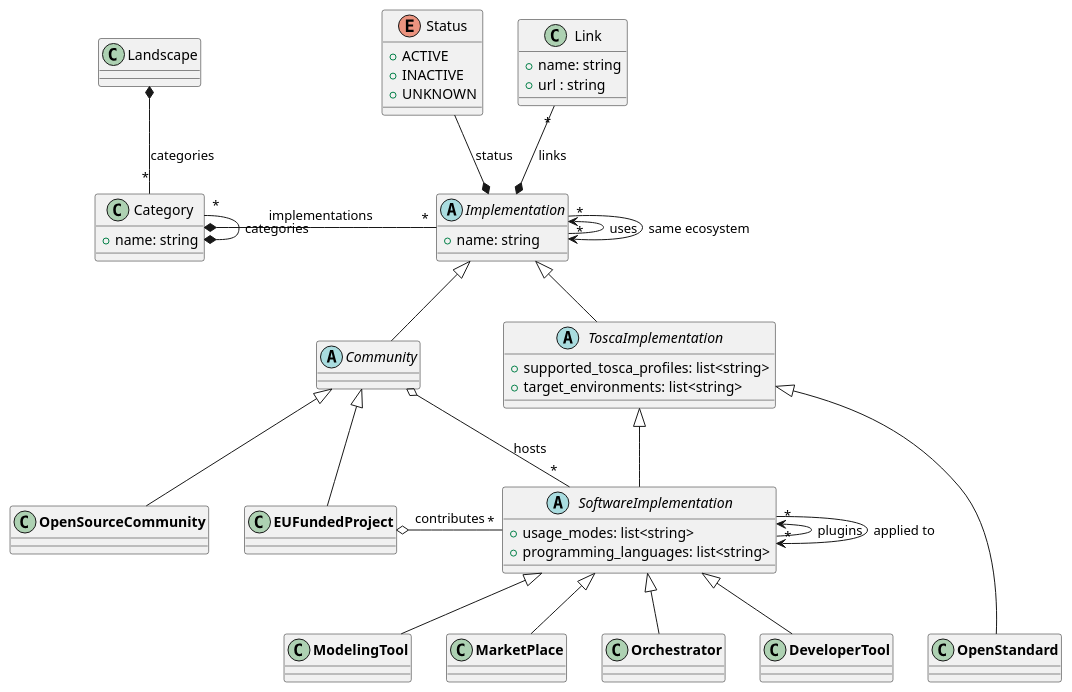
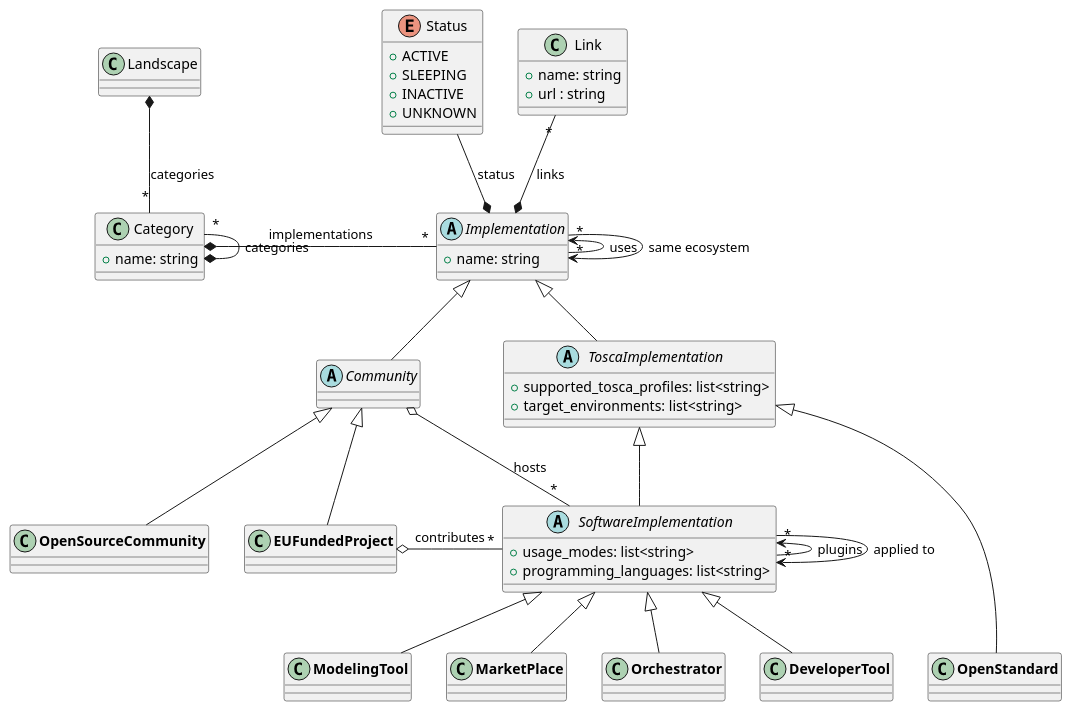
The diagram in metamodel.puml (philippemerle/tosca-implementation-landscape), drawn with PlantUML before and after one commit. The commit also changed 8 other files, not shown here.

```diff
--- a/metamodel.puml
+++ b/metamodel.puml
@@ -1,72 +1,73 @@
 @startuml
 
 class Landscape {}
 
 class Category {
   +name: string
 }
 
 enum Status {
   +ACTIVE
+  +SLEEPING
   +INACTIVE
   +UNKNOWN
 }
 
 class Link {
   +name: string
   +url : string
 }
 
 abstract class Implementation {
   +name: string
 }
 
 abstract class Community extends Implementation {
 }
 
 class **EUFundedProject** extends Community {
 }
 
 class **OpenSourceCommunity** extends Community {
 }
 
 abstract class ToscaImplementation extends Implementation {
   +supported_tosca_profiles: list<string>
   +target_environments: list<string>
 }
 
 class **OpenStandard** extends ToscaImplementation {
 }
 
 abstract class SoftwareImplementation extends ToscaImplementation {
   +usage_modes: list<string>
   +programming_languages: list<string>
 }
 
 class **ModelingTool** extends SoftwareImplementation {
 }
 
 class **MarketPlace** extends SoftwareImplementation {
 }
 
 class **Orchestrator** extends SoftwareImplementation {
 }
 
 class **DeveloperTool** extends SoftwareImplementation {
 }
 
 Landscape *-- "*" Category : categories
 Category *- "*" Implementation : implementations
 Category *-up- "*" Category : categories
 Implementation *-up- Status : status
 Implementation *-up- "*" Link : links
 "**EUFundedProject**" o-right- "*" SoftwareImplementation : contributes
 Community o-right- "*" SoftwareImplementation : hosts
 Implementation -up-> "*" Implementation : uses
 Implementation --> "*" Implementation : same ecosystem
 SoftwareImplementation -up-> "*" SoftwareImplementation : plugins
 SoftwareImplementation --> "*" SoftwareImplementation : applied to
 
 "**DeveloperTool**" -[hidden] "**OpenStandard**"
 
 @end
```
